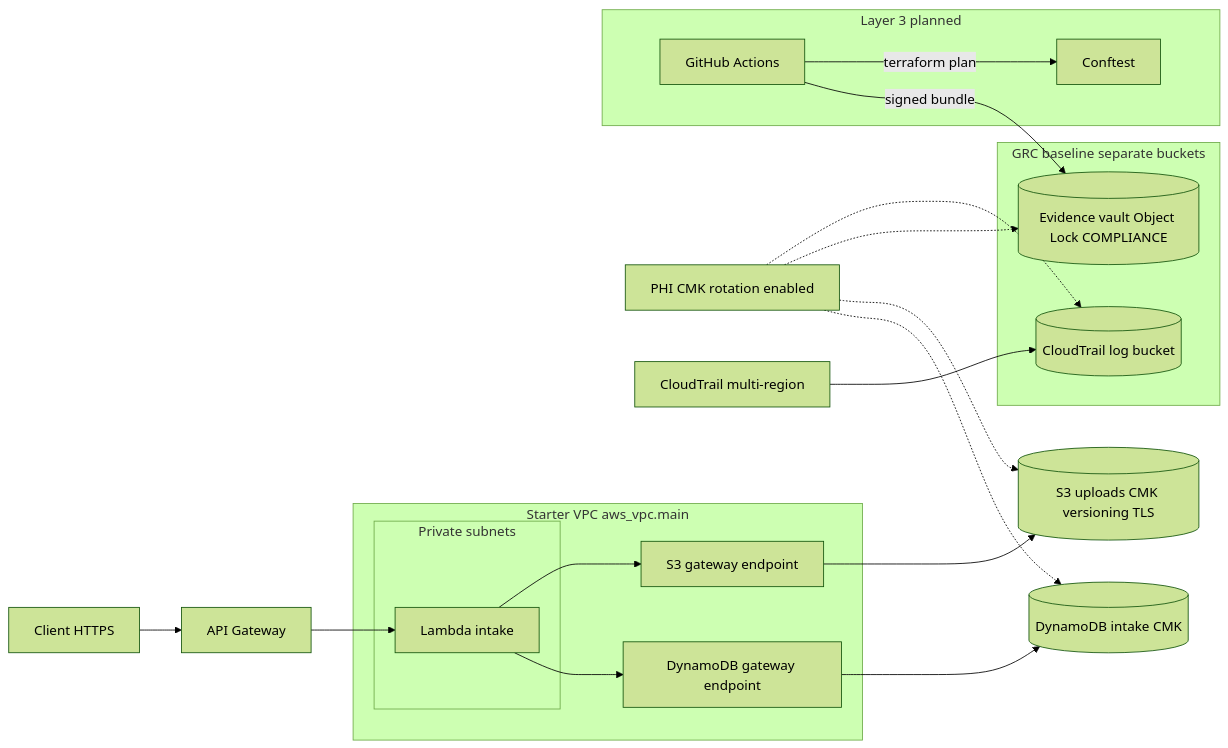
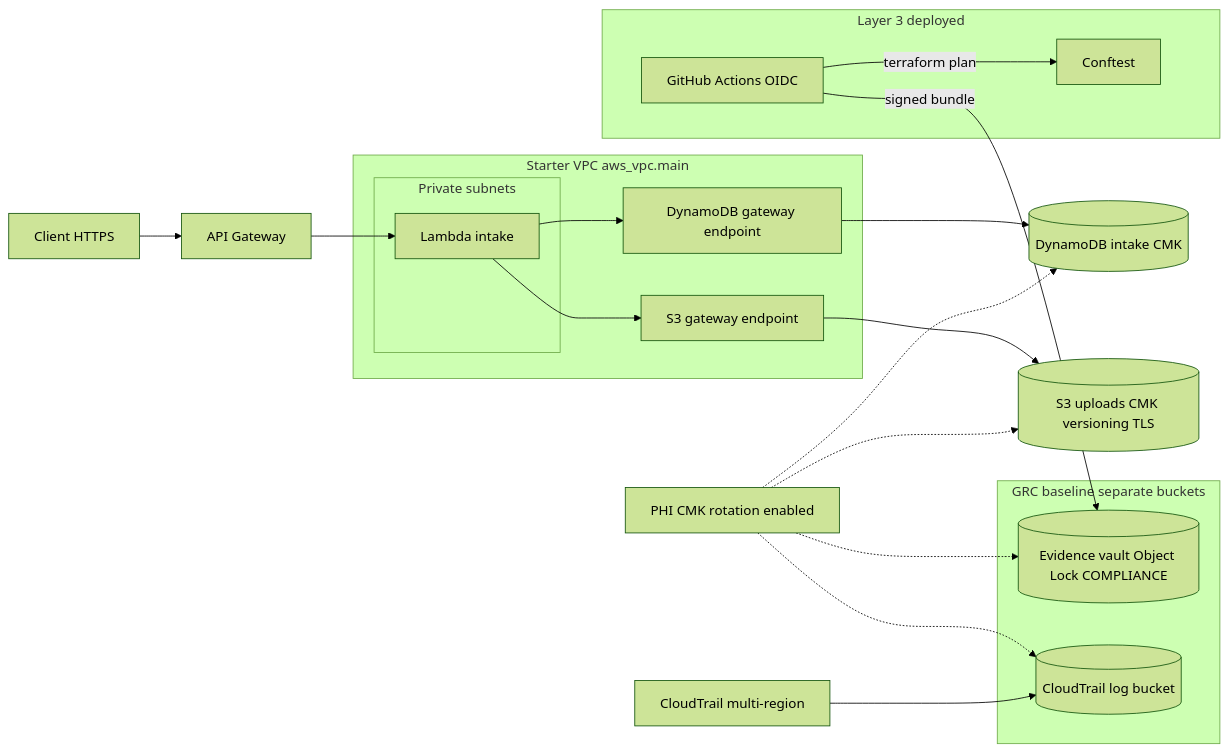
Before and after one commit to tiffanymwr15/cgep-app-starter: the second of 2 diagrams in WRITEUP.md, drawn with Mermaid (forest theme). The commit also changed other lines of this file, not shown here.

Commit message:
Complete capstone write-up: pipeline evidence, trade-offs, next sprint

````diff
--- a/WRITEUP.md
+++ b/WRITEUP.md
@@ -68,35 +70,35 @@
 ```mermaid
 flowchart LR
   Client[Client HTTPS] --> APIGW[API Gateway]
 
   subgraph vpc [Starter VPC aws_vpc.main]
     subgraph private [Private subnets]
       Lambda[Lambda intake]
     end
     VPCE_S3[S3 gateway endpoint]
     VPCE_DDB[DynamoDB gateway endpoint]
   end
 
   APIGW --> Lambda
   Lambda --> VPCE_DDB --> DDB[(DynamoDB intake CMK)]
   Lambda --> VPCE_S3 --> Uploads[(S3 uploads CMK versioning TLS)]
 
   subgraph grc [GRC baseline separate buckets]
     Vault[(Evidence vault Object Lock COMPLIANCE)]
     TrailBucket[(CloudTrail log bucket)]
   end
 
   KMS[PHI CMK rotation enabled]
 
   KMS -.-> DDB
   KMS -.-> Uploads
   KMS -.-> Vault
   KMS -.-> TrailBucket
 
   CloudTrail[CloudTrail multi-region] --> TrailBucket
 
-  subgraph future [Layer 3 planned]
-    GHA[GitHub Actions] -->|signed bundle| Vault
-    GHA -->|terraform plan| Conftest[Conftest]
+  subgraph pipeline [Layer 3 deployed]
+    GHA[GitHub Actions OIDC] -->|terraform plan| Conftest[Conftest]
+    GHA -->|signed bundle| Vault
   end
 ```
````
